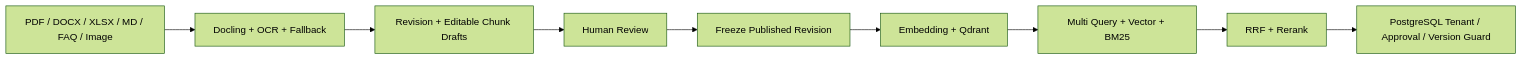
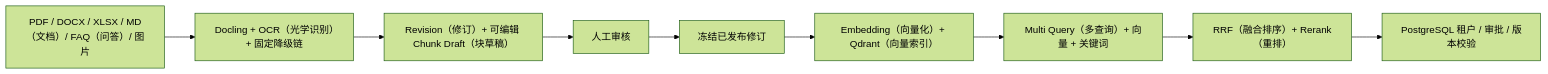
One commit to 6Asmile/AI_interview changed the fifth of 5 diagrams in README.md. Above: the diagram before and after it, drawn with Mermaid (forest theme). The commit also changed other lines of this file and 91 other files, not shown here.

````diff
--- a/README.md
+++ b/README.md
@@ -219,15 +266,15 @@
 ```mermaid
 flowchart LR
-    UPLOAD["PDF / DOCX / XLSX / MD / FAQ / Image"]
-    PARSE["Docling + OCR + Fallback"]
-    DRAFT["Revision + Editable Chunk Drafts"]
-    REVIEW["Human Review"]
-    PUBLISH["Freeze Published Revision"]
-    INDEX["Embedding + Qdrant"]
-    RETRIEVE["Multi Query + Vector + BM25"]
-    FUSION["RRF + Rerank"]
-    GUARD["PostgreSQL Tenant / Approval / Version Guard"]
+    UPLOAD["PDF / DOCX / XLSX / MD（文档）/ FAQ（问答）/ 图片"]
+    PARSE["Docling + OCR（光学识别）+ 固定降级链"]
+    DRAFT["Revision（修订）+ 可编辑 Chunk Draft（块草稿）"]
+    REVIEW["人工审核"]
+    PUBLISH["冻结已发布修订"]
+    INDEX["Embedding（向量化）+ Qdrant（向量索引）"]
+    RETRIEVE["Multi Query（多查询）+ 向量 + 关键词"]
+    FUSION["RRF（融合排序）+ Rerank（重排）"]
+    GUARD["PostgreSQL 租户 / 审批 / 版本校验"]
 
     UPLOAD --> PARSE --> DRAFT --> REVIEW --> PUBLISH --> INDEX
     INDEX --> RETRIEVE --> FUSION --> GUARD
 ```
````
